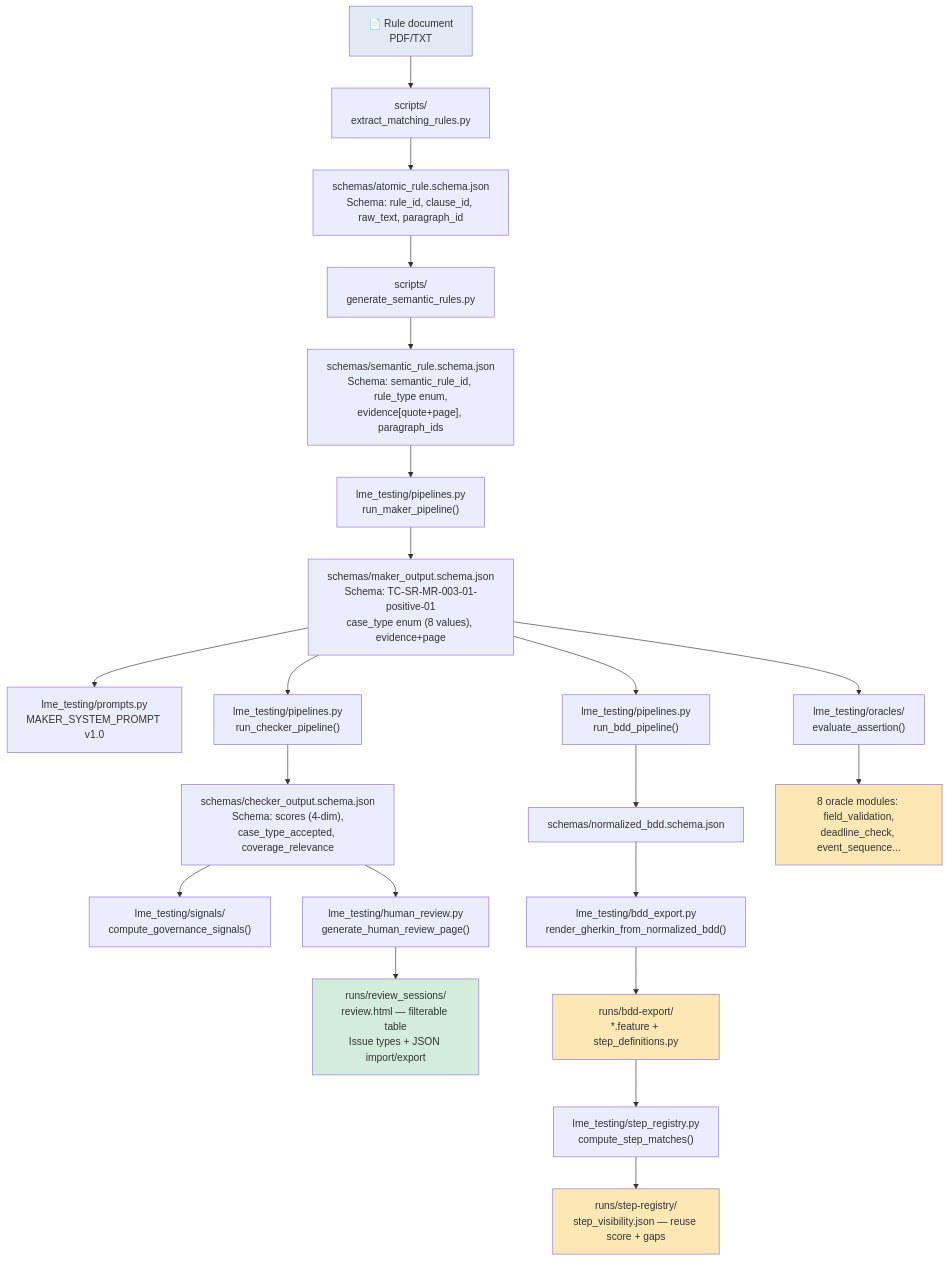
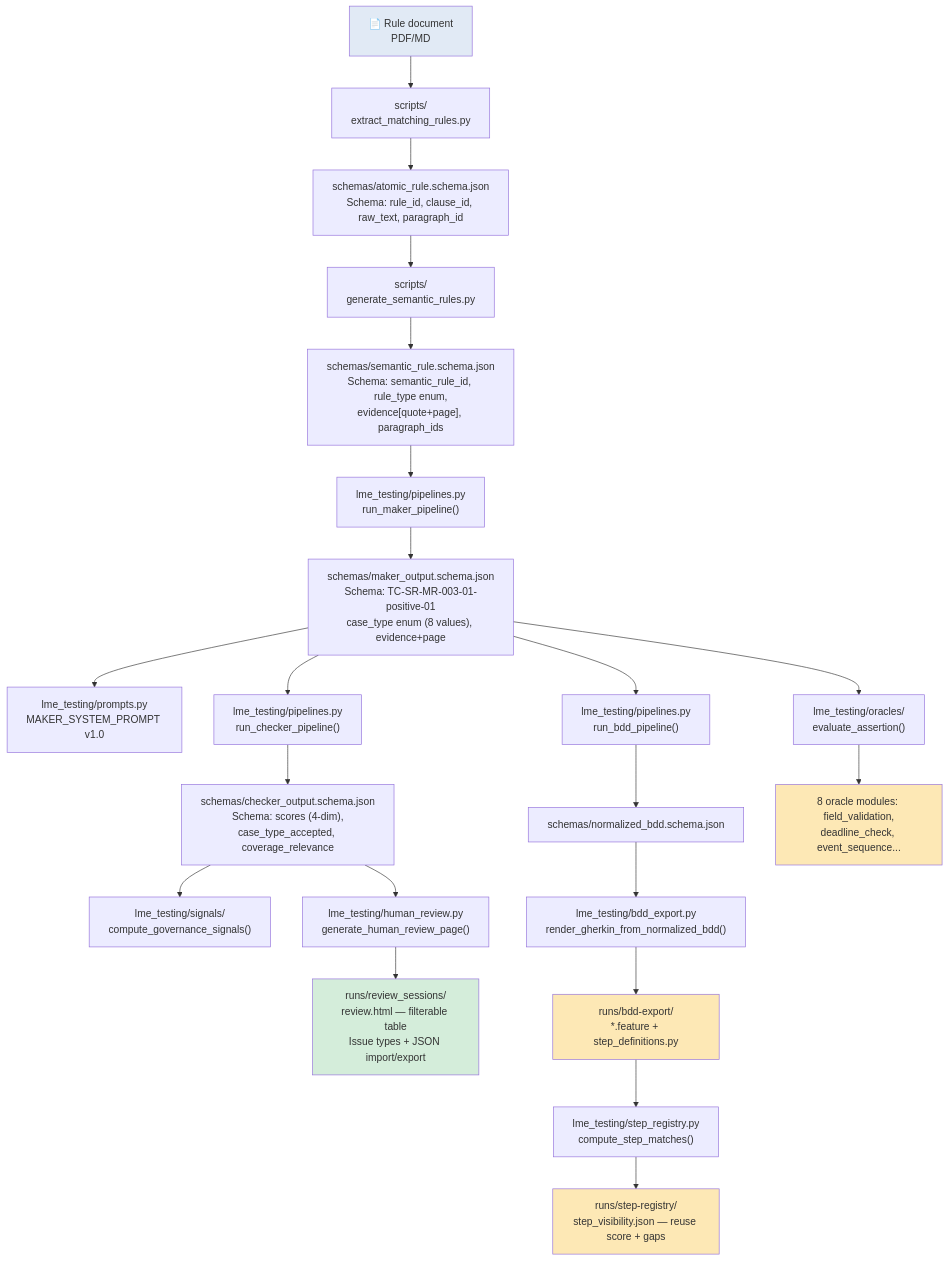
The second of 4 diagrams in docs/demo_for_boss.md (CodeFreddy/LME-Testing), drawn with Mermaid before and after one commit. The commit also changed other lines of this file and 1 other file, not shown here.

````diff
--- a/docs/demo_for_boss.md
+++ b/docs/demo_for_boss.md
@@ -49,35 +49,35 @@
 ```mermaid
 flowchart TD
     %% nodes
-    A["📄 Rule document<br/>PDF/TXT"] --> B["scripts/<br/>extract_matching_rules.py"]
+    A["📄 Rule document<br/>PDF/MD"] --> B["scripts/<br/>extract_matching_rules.py"]
     B --> C["schemas/atomic_rule.schema.json<br/>Schema: rule_id, clause_id, raw_text, paragraph_id"]
     C --> D["scripts/<br/>generate_semantic_rules.py"]
     D --> E["schemas/semantic_rule.schema.json<br/>Schema: semantic_rule_id, rule_type enum,<br/>evidence[quote+page], paragraph_ids"]
     E --> F["lme_testing/pipelines.py<br/>run_maker_pipeline()"]
     F --> G["schemas/maker_output.schema.json<br/>Schema: TC-SR-MR-003-01-positive-01<br/>case_type enum (8 values), evidence+page"]
 
     G --> H1["lme_testing/prompts.py<br/>MAKER_SYSTEM_PROMPT v1.0"]
     G --> H2["lme_testing/pipelines.py<br/>run_checker_pipeline()"]
     H2 --> I["schemas/checker_output.schema.json<br/>Schema: scores (4-dim),<br/>case_type_accepted, coverage_relevance"]
 
     I --> J["lme_testing/signals/<br/>compute_governance_signals()"]
     I --> K["lme_testing/human_review.py<br/>generate_human_review_page()"]
     K --> L["runs/review_sessions/<br/>review.html — filterable table<br/>Issue types + JSON import/export"]
 
     G --> M["lme_testing/pipelines.py<br/>run_bdd_pipeline()"]
     M --> N["schemas/normalized_bdd.schema.json"]
     N --> O["lme_testing/bdd_export.py<br/>render_gherkin_from_normalized_bdd()"]
     O --> P["runs/bdd-export/<br/>*.feature + step_definitions.py"]
 
     P --> Q["lme_testing/step_registry.py<br/>compute_step_matches()"]
     Q --> R["runs/step-registry/<br/>step_visibility.json — reuse score + gaps"]
 
     G --> S["lme_testing/oracles/<br/>evaluate_assertion()"]
     S --> T["8 oracle modules: field_validation,<br/>deadline_check, event_sequence..."]
 
     style A fill:#e1eaf5
     style L fill:#d4edda
     style P fill:#fde8b5
     style R fill:#fde8b5
     style T fill:#fde8b5
 ```
````
